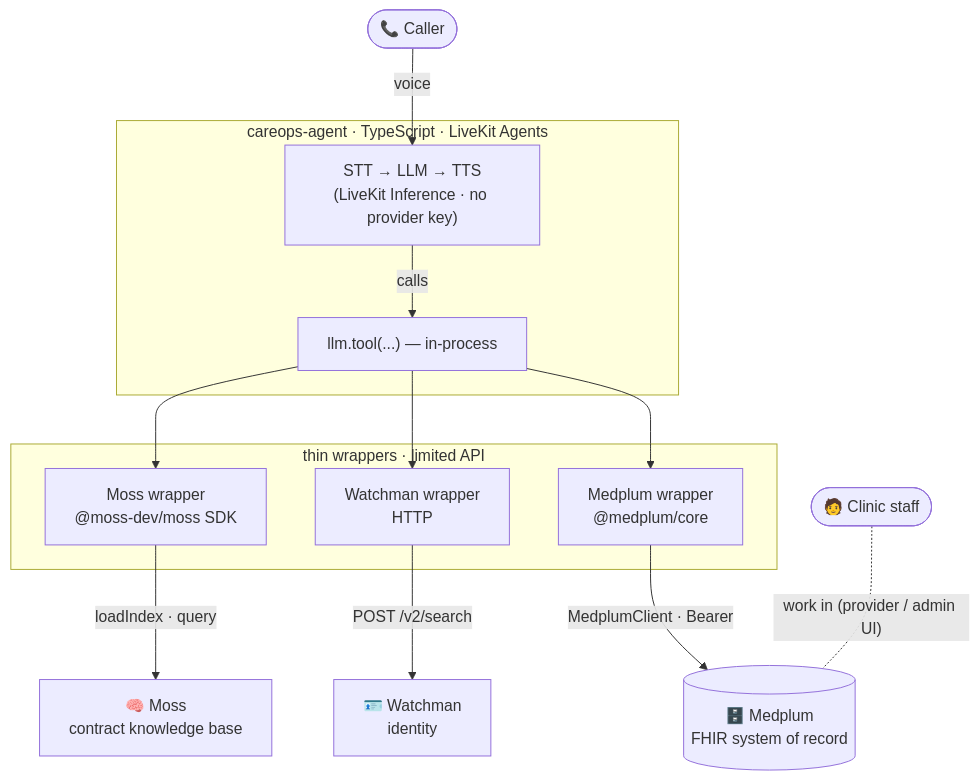
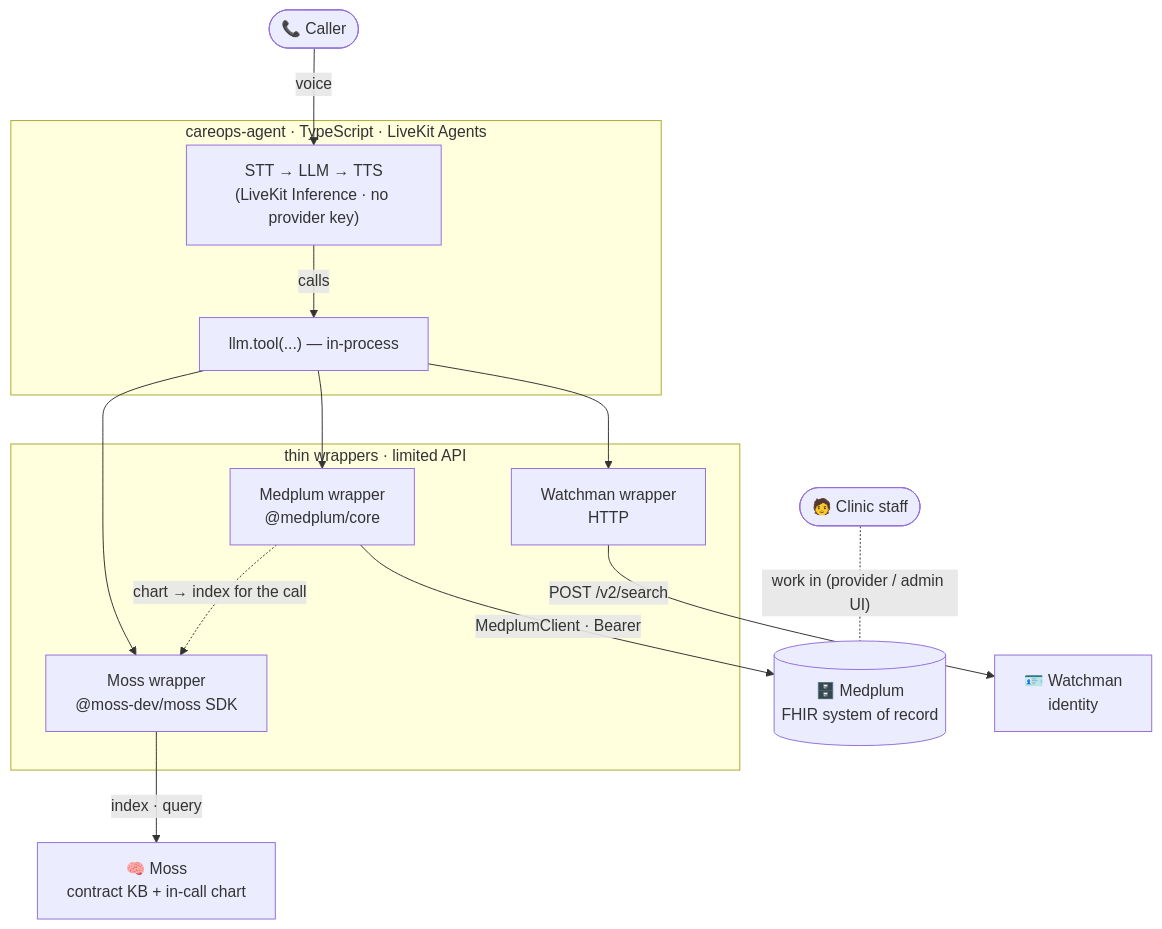
Before and after one commit to alvera-ai/atomic-healthcare: the fourth of 5 diagrams in examples/careops-agent/README.md, drawn with Mermaid. The commit also changed other lines of this file and 2 other files, not shown here.

First line of the commit message:
docs: recalibrate architecture to TypeScript in-process wrappers

````diff
--- a/examples/careops-agent/README.md
+++ b/examples/careops-agent/README.md
@@ -76,27 +81,28 @@
 ```mermaid
 flowchart TB
   Caller(["📞 Caller"])
   Staff(["🧑 Clinic staff"])
 
   subgraph Agent["careops-agent · TypeScript · LiveKit Agents"]
     Pipe["STT → LLM → TTS<br/>(LiveKit Inference · no provider key)"]
     Tools["llm.tool(...) — in-process"]
   end
 
   subgraph Wrappers["thin wrappers · limited API"]
     MEDW["Medplum wrapper<br/>@medplum/core"]
     WMW["Watchman wrapper<br/>HTTP"]
     MOSSW["Moss wrapper<br/>@moss-dev/moss SDK"]
   end
 
   Med[("🗄️ Medplum<br/>FHIR system of record")]
   WM["🪪 Watchman<br/>identity"]
-  Moss["🧠 Moss<br/>contract knowledge base"]
+  Moss["🧠 Moss<br/>contract KB + in-call chart"]
 
   Caller -- voice --> Pipe
   Pipe -- calls --> Tools
   Tools --> MEDW -- "MedplumClient · Bearer" --> Med
   Tools --> WMW -- "POST /v2/search" --> WM
-  Tools --> MOSSW -- "loadIndex · query" --> Moss
+  Tools --> MOSSW -- "index · query" --> Moss
+  MEDW -. "chart → index for the call" .-> MOSSW
   Staff -. work in (provider / admin UI) .- Med
 ```
````
